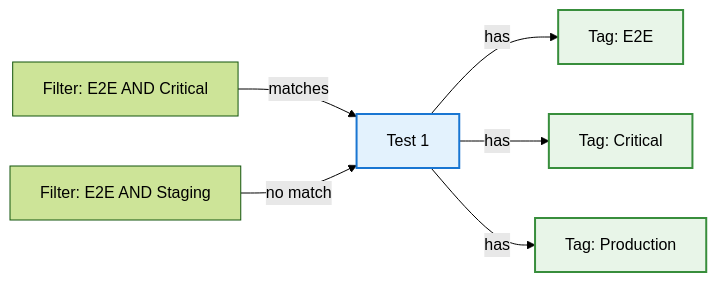
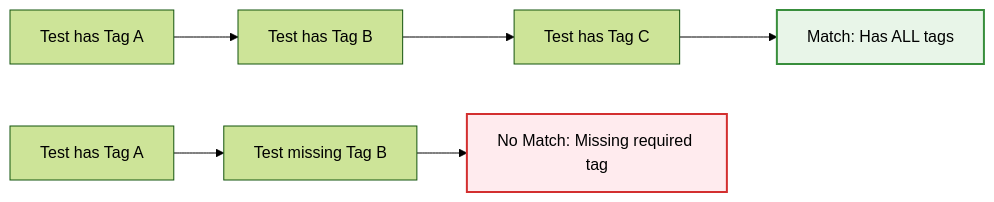
The sixth of 12 diagrams in specs/05-features/tag-system.md (supercheck-io/supercheck), drawn with Mermaid (forest theme) before and after one commit. The commit also changed other lines of this file, not shown here.

First line of the commit message:
Fix tag-system.md: correct Mermaid syntax and clarify user-defined colors

````diff
--- a/specs/05-features/tag-system.md
+++ b/specs/05-features/tag-system.md
@@ -190,15 +196,15 @@
 ```mermaid
 graph LR
-    A[Test 1] -->|has| T1[Tag: E2E]
-    A -->|has| T2[Tag: Critical]
-    A -->|has| T3[Tag: Production]
+    A[Test has Tag A] --> B[Test has Tag B]
+    B --> C[Test has Tag C]
+    C --> MATCH[Match: Has ALL tags]
 
-    B[Filter: E2E AND Critical] -->|matches| A
-    C[Filter: E2E AND Staging] -->|no match| A
+    D[Test has Tag A] --> E[Test missing Tag B]
+    E --> NOMATCH[No Match: Missing required tag]
 
-    classDef test fill:#e3f2fd,stroke:#1976d2,stroke-width:2px
-    classDef tag fill:#e8f5e8,stroke:#388e3c,stroke-width:2px
+    classDef match fill:#e8f5e8,stroke:#388e3c,stroke-width:2px
+    classDef nomatch fill:#ffebee,stroke:#d32f2f,stroke-width:2px
 
-    class A test
-    class T1,T2,T3 tag
+    class MATCH match
+    class NOMATCH nomatch
 ```
````
